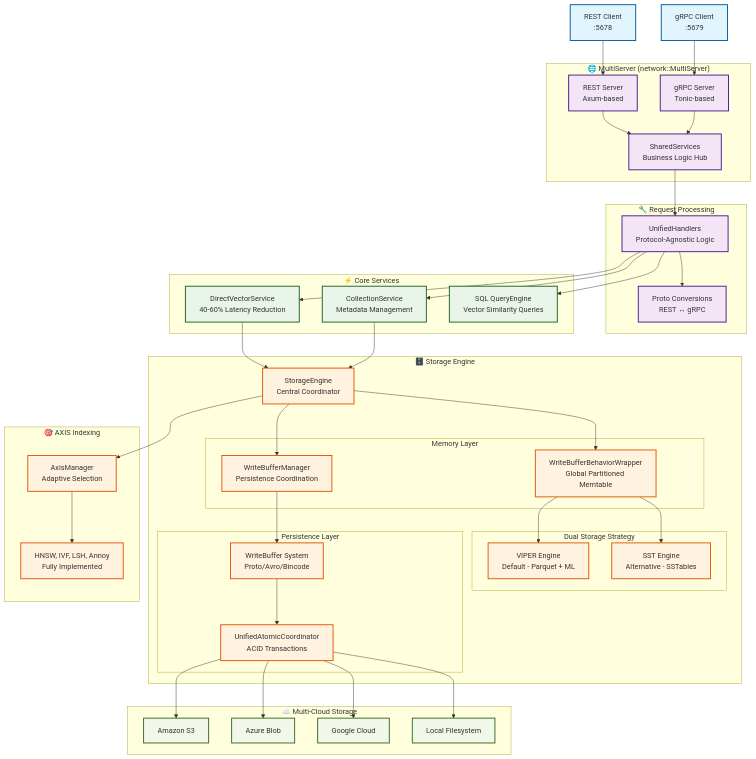
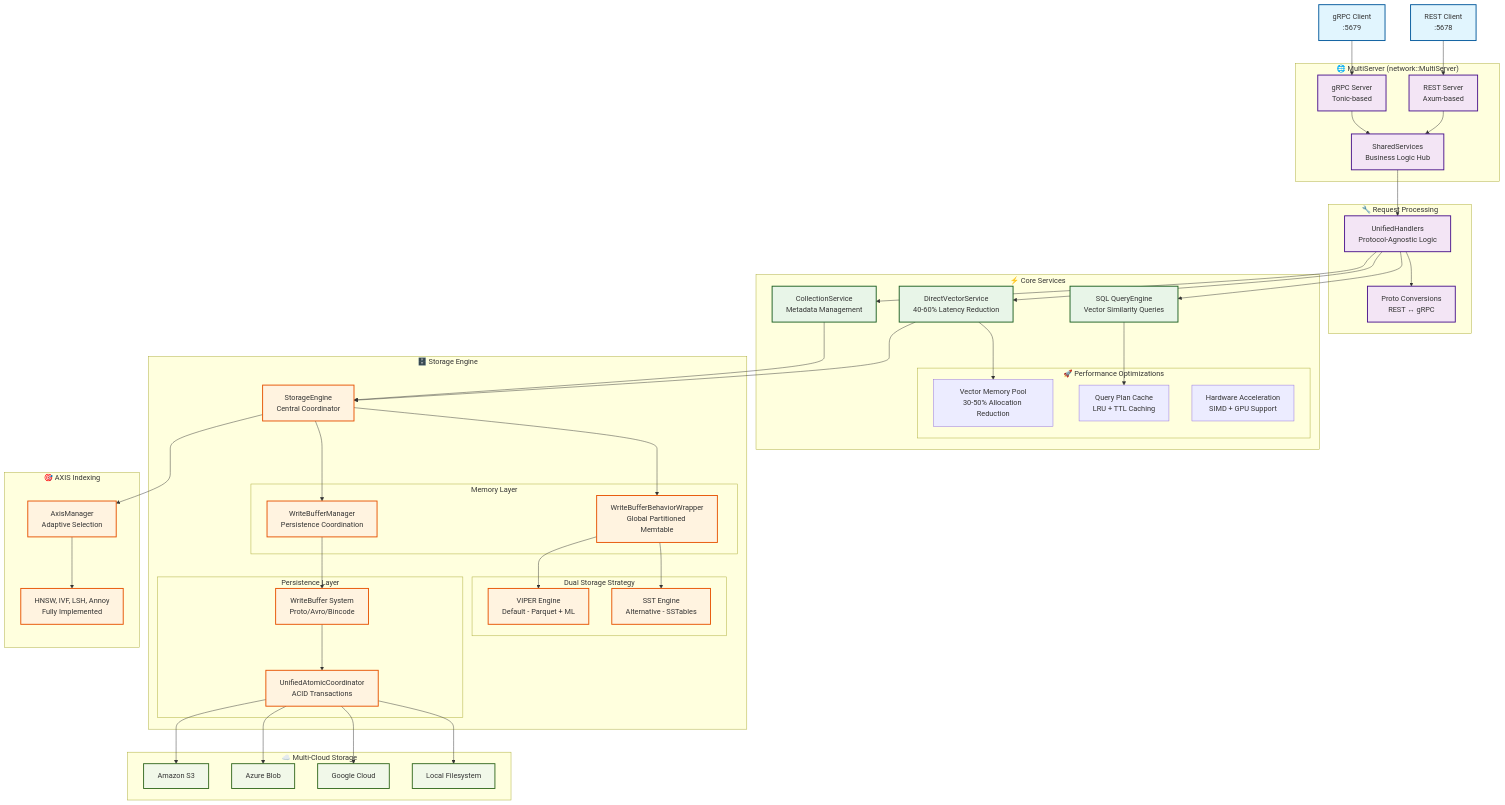
Before and after one commit to vjsingh1984/proximaDB: the diagram in docs/diagrams/current-architecture-accurate.mmd, drawn with Mermaid. The commit also changed 360 other files, not shown here.

First line of the commit message:
feat: comprehensive compilation fixes and performance optimizations

```diff
--- a/docs/diagrams/current-architecture-accurate.mmd
+++ b/docs/diagrams/current-architecture-accurate.mmd
@@ -1,105 +1,113 @@
 graph TB
     %% Client Layer
     RestClient[REST Client<br/>:5678]
     GrpcClient[gRPC Client<br/>:5679]
     
     %% Network Layer - MultiServer Architecture
     subgraph MultiServer["🌐 MultiServer (network::MultiServer)"]
         RestServer[REST Server<br/>Axum-based]
         GrpcServer[gRPC Server<br/>Tonic-based]
         SharedServices[SharedServices<br/>Business Logic Hub]
     end
     
     %% Handler Layer
     subgraph Handlers["🔧 Request Processing"]
         UnifiedHandlers[UnifiedHandlers<br/>Protocol-Agnostic Logic]
         Conversions[Proto Conversions<br/>REST ↔ gRPC]
     end
     
     %% Core Service Layer - Actual Implementation
     subgraph CoreServices["⚡ Core Services"]
         DirectVectorService[DirectVectorService<br/>40-60% Latency Reduction]
         CollectionService[CollectionService<br/>Metadata Management]
         QueryEngine[SQL QueryEngine<br/>Vector Similarity Queries]
+        
+        subgraph OptimizationSys["🚀 Performance Optimizations"]
+            MemoryPool[Vector Memory Pool<br/>30-50% Allocation Reduction]
+            QueryCache[Query Plan Cache<br/>LRU + TTL Caching]
+            HardwareAccel[Hardware Acceleration<br/>SIMD + GPU Support]
+        end
     end
     
     %% Storage Layer - Current Implementation
     subgraph StorageLayer["🗄️ Storage Engine"]
         StorageEngine[StorageEngine<br/>Central Coordinator]
         
         subgraph Memtable["Memory Layer"]
             GlobalMemtable[WriteBufferBehaviorWrapper<br/>Global Partitioned Memtable]
             WriteBufferMgr[WriteBufferManager<br/>Persistence Coordination]
         end
         
         subgraph StorageEngines["Dual Storage Strategy"]
             ViperEngine[VIPER Engine<br/>Default - Parquet + ML]
             SstEngine[SST Engine<br/>Alternative - SSTables]
         end
         
         subgraph Persistence["Persistence Layer"]
             WriteBuffer[WriteBuffer System<br/>Proto/Avro/Bincode]
             AtomicCoord[UnifiedAtomicCoordinator<br/>ACID Transactions]
         end
     end
     
     %% Indexing System - AXIS
     subgraph AxisSystem["🎯 AXIS Indexing"]
         AxisManager[AxisManager<br/>Adaptive Selection]
         IndexTypes[HNSW, IVF, LSH, Annoy<br/>Fully Implemented]
     end
     
     %% Cloud Storage
     subgraph CloudStorage["☁️ Multi-Cloud Storage"]
         S3[Amazon S3]
         Azure[Azure Blob]
         GCS[Google Cloud]
         Local[Local Filesystem]
     end
     
     %% Connections
     RestClient --> RestServer
     GrpcClient --> GrpcServer
     
     RestServer --> SharedServices
     GrpcServer --> SharedServices
     
     SharedServices --> UnifiedHandlers
     UnifiedHandlers --> Conversions
     
     UnifiedHandlers --> DirectVectorService
     UnifiedHandlers --> CollectionService
     UnifiedHandlers --> QueryEngine
     
+    DirectVectorService --> MemoryPool
     DirectVectorService --> StorageEngine
+    QueryEngine --> QueryCache
     CollectionService --> StorageEngine
     
     StorageEngine --> GlobalMemtable
     StorageEngine --> WriteBufferMgr
     
     GlobalMemtable --> ViperEngine
     GlobalMemtable --> SstEngine
     
     WriteBufferMgr --> WriteBuffer
     WriteBuffer --> AtomicCoord
     
     StorageEngine --> AxisManager
     AxisManager --> IndexTypes
     
     AtomicCoord --> S3
     AtomicCoord --> Azure
     AtomicCoord --> GCS
     AtomicCoord --> Local
     
     %% Styling
     classDef clientStyle fill:#e1f5fe,stroke:#01579b,stroke-width:2px
     classDef serverStyle fill:#f3e5f5,stroke:#4a148c,stroke-width:2px
     classDef serviceStyle fill:#e8f5e8,stroke:#1b5e20,stroke-width:2px
     classDef storageStyle fill:#fff3e0,stroke:#e65100,stroke-width:2px
     classDef cloudStyle fill:#f1f8e9,stroke:#33691e,stroke-width:2px
     
     class RestClient,GrpcClient clientStyle
     class RestServer,GrpcServer,SharedServices,UnifiedHandlers,Conversions serverStyle
     class DirectVectorService,CollectionService,QueryEngine serviceStyle
     class StorageEngine,GlobalMemtable,WriteBufferMgr,ViperEngine,SstEngine,WriteBuffer,AtomicCoord,AxisManager,IndexTypes storageStyle
     class S3,Azure,GCS,Local cloudStyle
```
